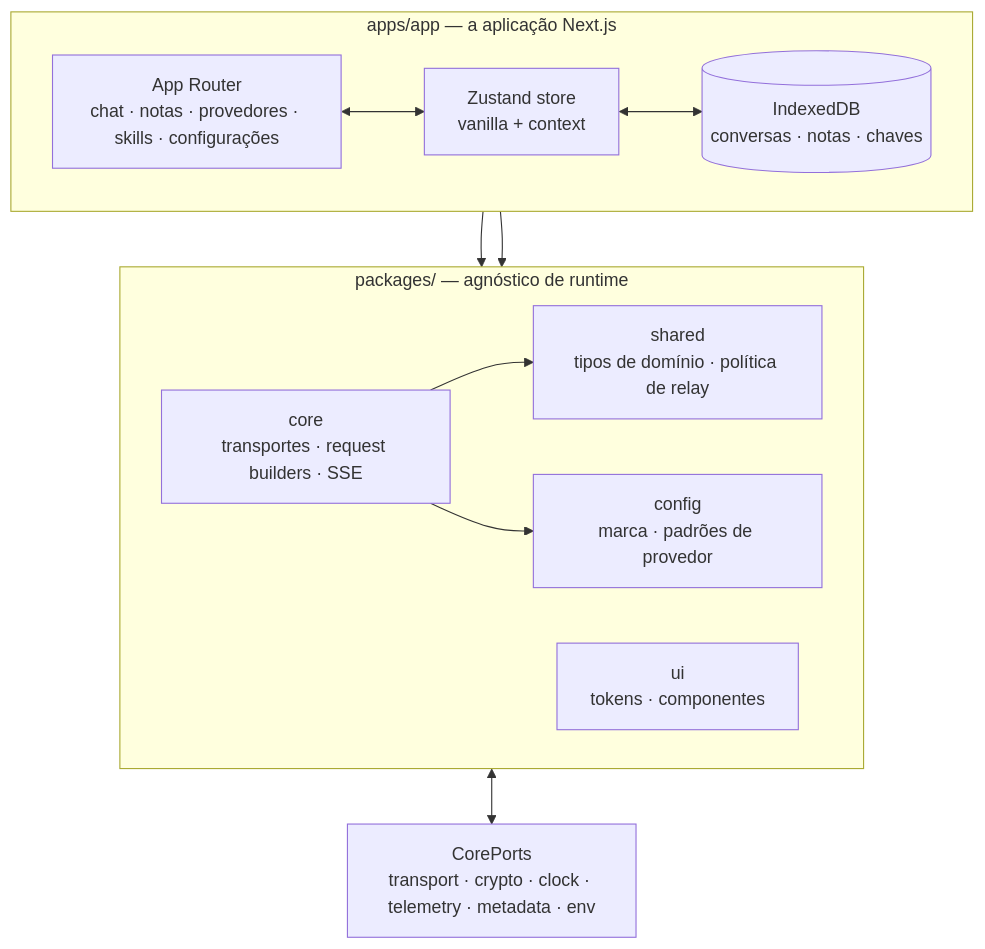
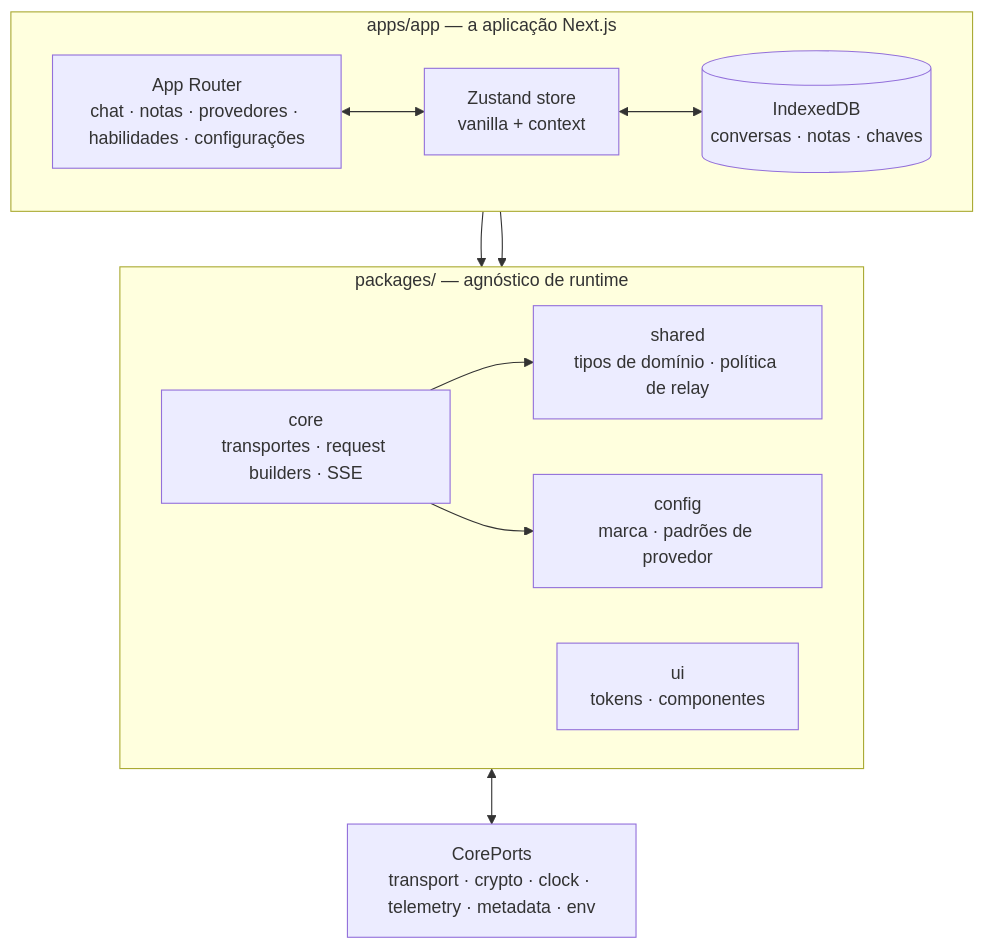
One commit to oriveo/oriveo changed the second of 2 diagrams in readme_i18n/pt-BR/web.md. Above: the diagram before and after it, drawn with Mermaid. The commit also changed other lines of this file and 89 other files, not shown here.

````diff
--- a/readme_i18n/pt-BR/web.md
+++ b/readme_i18n/pt-BR/web.md
@@ -123,25 +123,25 @@
 ```mermaid
 flowchart TB
     subgraph app ["apps/app — a aplicação Next.js"]
         direction LR
-        routes["App Router<br/>chat · notas · provedores · skills · configurações"]
+        routes["App Router<br/>chat · notas · provedores · habilidades · configurações"]
         store["Zustand store<br/>vanilla + context"]
         idb[("IndexedDB<br/>conversas · notas · chaves")]
     end
 
     subgraph pkgs ["packages/ — agnóstico de runtime"]
         direction LR
         core["core<br/>transportes · request builders · SSE"]
         shared["shared<br/>tipos de domínio · política de relay"]
         ui["ui<br/>tokens · componentes"]
         config["config<br/>marca · padrões de provedor"]
     end
 
     ports["CorePorts<br/>transport · crypto · clock · telemetry · metadata · env"]
 
     routes <--> store <--> idb
     store --> core
     core --> shared & config
     routes --> ui
     core <--> ports
 ```
````
